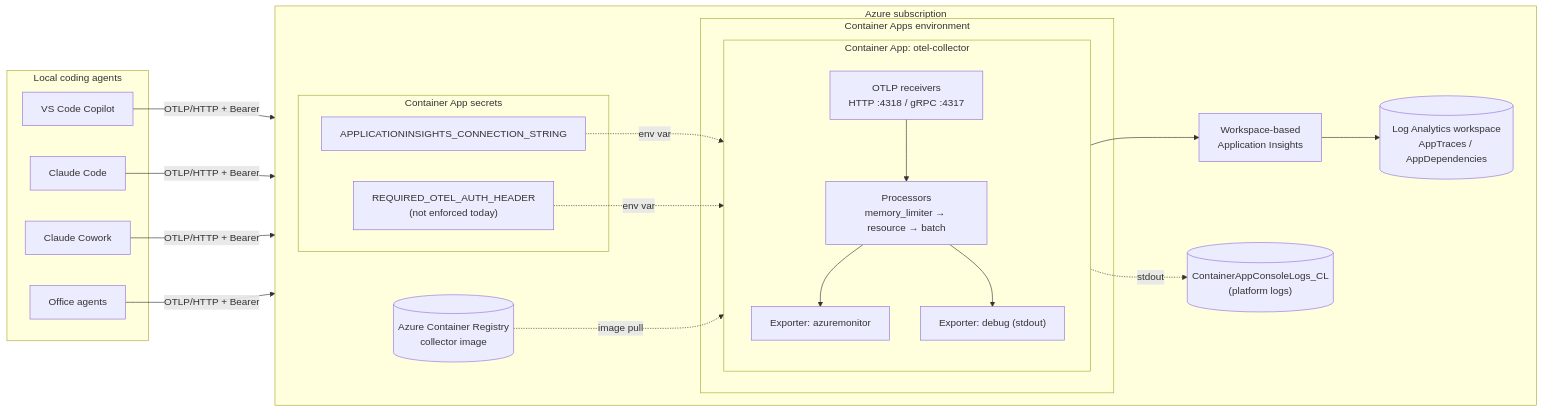
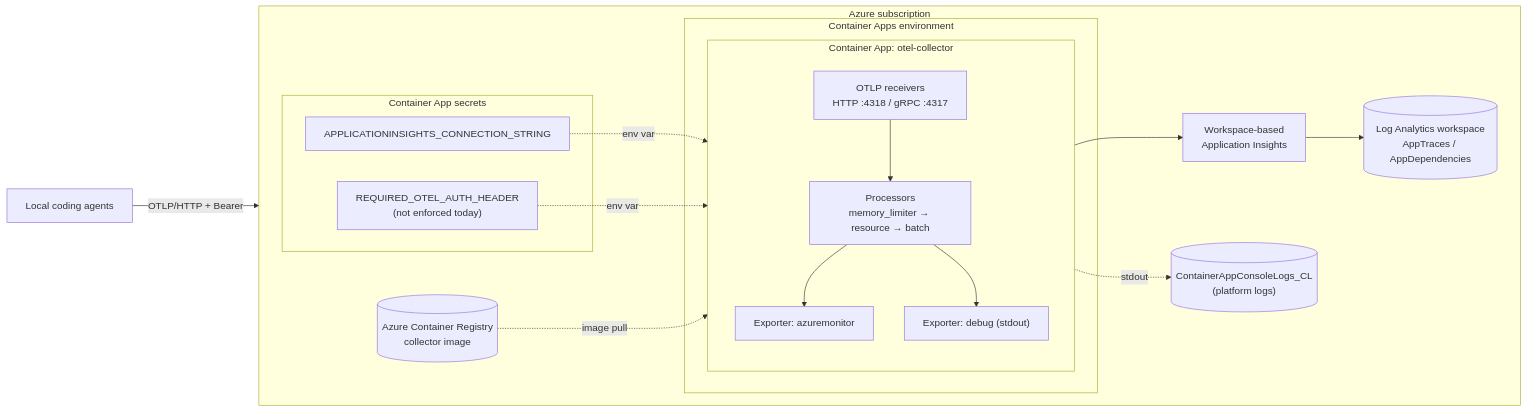
One commit to lnfernux/OTEL2Sentinel changed the diagram in README.MD. Above: the diagram before and after it, drawn with Mermaid.

Commit message:
modify mermaid

````diff
--- a/README.MD
+++ b/README.MD
@@ -22,48 +22,40 @@
 ```mermaid
 flowchart LR
-    subgraph Clients["Local coding agents"]
-        VSC["VS Code Copilot"]
-        CC["Claude Code"]
-        CCW["Claude Cowork"]
-        OFC["Office agents"]
-    end
+    AGENT["Local coding agents"]
 
     subgraph Azure["Azure subscription"]
         direction LR
 
         ACR[("Azure Container Registry<br/>collector image")]
 
         subgraph CAE["Container Apps environment"]
             subgraph CA["Container App: otel-collector"]
                 direction TB
                 RCV["OTLP receivers<br/>HTTP :4318 / gRPC :4317"]
                 PROC["Processors<br/>memory_limiter → resource → batch"]
                 EXP_AM["Exporter: azuremonitor"]
                 EXP_DBG["Exporter: debug (stdout)"]
                 RCV --> PROC --> EXP_AM
                 PROC --> EXP_DBG
             end
         end
 
         subgraph Secrets["Container App secrets"]
             S_CONN["APPLICATIONINSIGHTS_CONNECTION_STRING"]
             S_AUTH["REQUIRED_OTEL_AUTH_HEADER<br/>(not enforced today)"]
         end
 
         AI["Workspace-based<br/>Application Insights"]
         LAW[("Log Analytics workspace<br/>AppTraces / AppDependencies")]
         CACL[("ContainerAppConsoleLogs_CL<br/>(platform logs)")]
     end
 
-    VSC -- "OTLP/HTTP + Bearer" --> RCV
-    CC  -- "OTLP/HTTP + Bearer" --> RCV
-    CCW -- "OTLP/HTTP + Bearer" --> RCV
-    OFC -- "OTLP/HTTP + Bearer" --> RCV
+    AGENT -- "OTLP/HTTP + Bearer" --> RCV
 
     ACR -. image pull .-> CA
     S_CONN -. env var .-> EXP_AM
     S_AUTH -. env var .-> CA
 
     EXP_AM --> AI --> LAW
     EXP_DBG -. stdout .-> CACL
 ```
````
